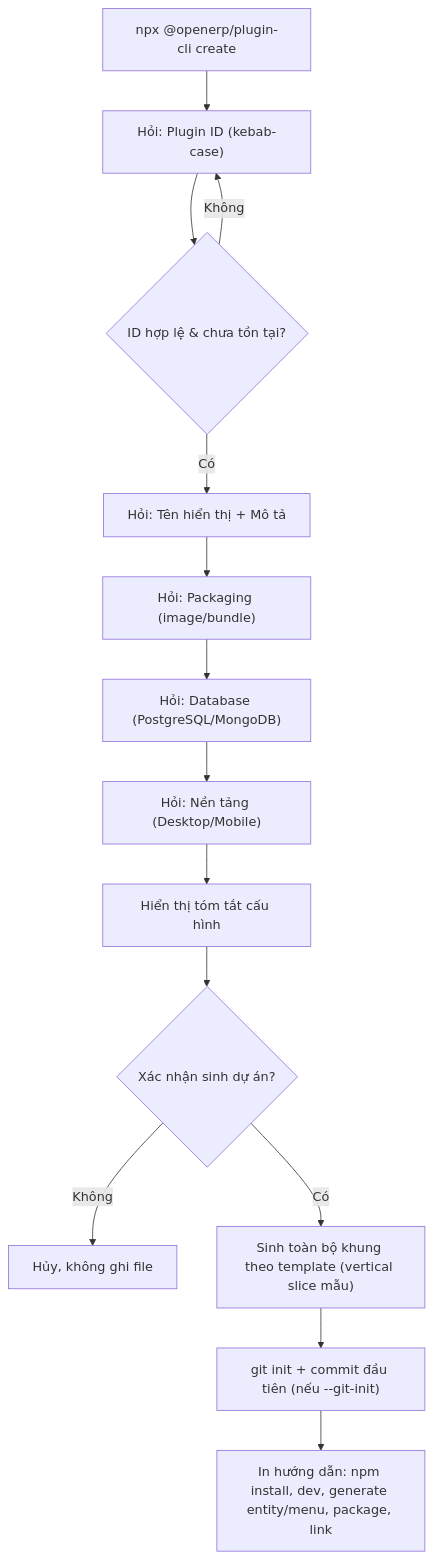
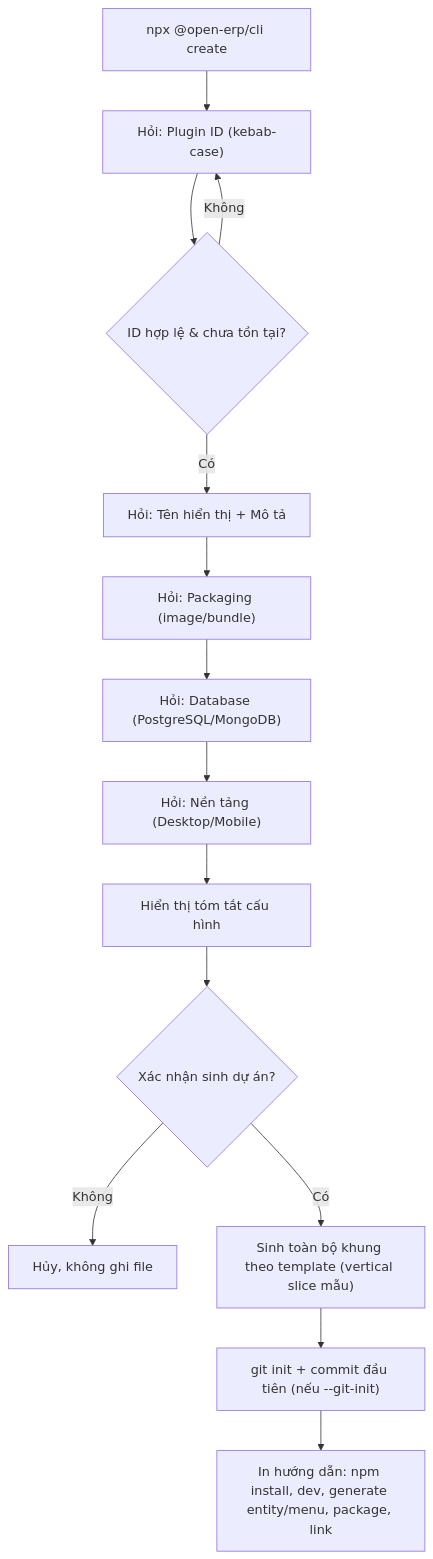
Before and after one commit to min3rd/open-erp: the diagram in docs/sprints/sprint_03_plugin_manager/02_analysis/ANL-02_plugin_scaffold_cli.md, drawn with Mermaid. The commit also changed other lines of this file and 7 other files, not shown here.

First line of the commit message:
docs(sprint03): rename cli package to @open-erp/cli as ecosystem-wide cli

````diff
--- a/docs/sprints/sprint_03_plugin_manager/02_analysis/ANL-02_plugin_scaffold_cli.md
+++ b/docs/sprints/sprint_03_plugin_manager/02_analysis/ANL-02_plugin_scaffold_cli.md
@@ -85,16 +85,16 @@
 ```mermaid
 flowchart TD
-    A["npx @openerp/plugin-cli create"] --> B["Hỏi: Plugin ID (kebab-case)"]
+    A["npx @open-erp/cli create"] --> B["Hỏi: Plugin ID (kebab-case)"]
     B --> C{"ID hợp lệ & chưa tồn tại?"}
     C -- Không --> B
     C -- Có --> D["Hỏi: Tên hiển thị + Mô tả"]
     D --> E["Hỏi: Packaging (image/bundle)"]
     E --> F["Hỏi: Database (PostgreSQL/MongoDB)"]
     F --> G["Hỏi: Nền tảng (Desktop/Mobile)"]
     G --> H["Hiển thị tóm tắt cấu hình"]
     H --> I{"Xác nhận sinh dự án?"}
     I -- Không --> Z["Hủy, không ghi file"]
     I -- Có --> J["Sinh toàn bộ khung theo template (vertical slice mẫu)"]
     J --> K["git init + commit đầu tiên (nếu --git-init)"]
     K --> L["In hướng dẫn: npm install, dev, generate entity/menu, package, link"]
 ```
````
